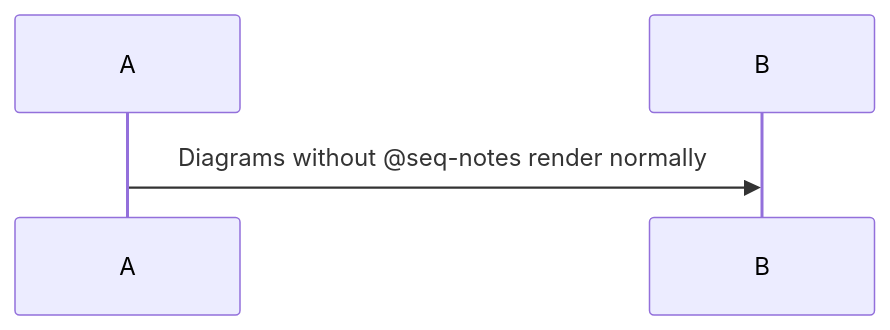
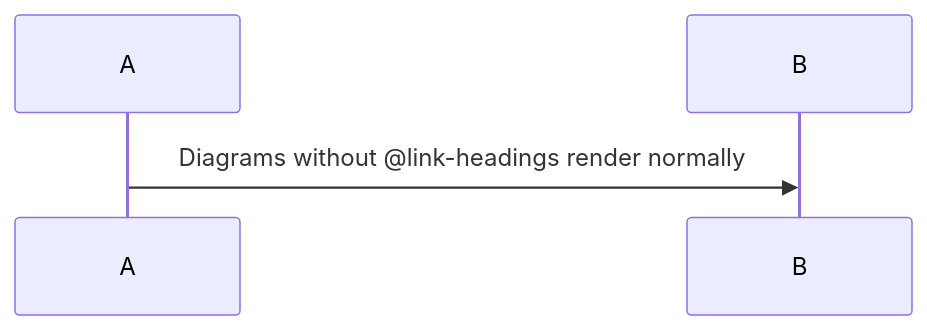
One commit to playree/markdown-design-doc-viewer changed the second of 2 diagrams in examples/login.md. Above: the diagram before and after it, drawn with Mermaid. The commit also changed other lines of this file and 31 other files, not shown here.

First line of the commit message:
フローチャートのノードと処理概要の見出しを紐付け、マーカーを @link-headings に改める

````diff
--- a/examples/login.md
+++ b/examples/login.md
@@ -191,4 +191,4 @@
 ```mermaid
 sequenceDiagram
-    A->>B: Diagrams without @seq-notes render normally
+    A->>B: Diagrams without @link-headings render normally
 ```
````
